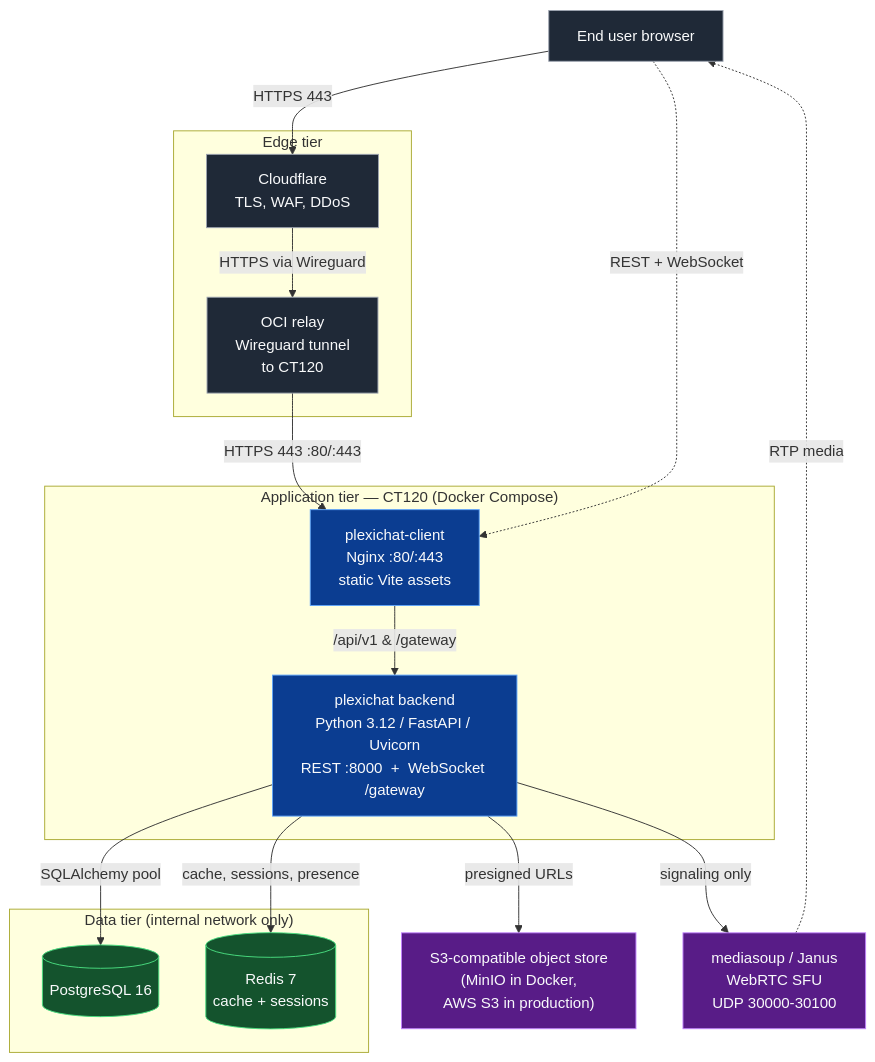
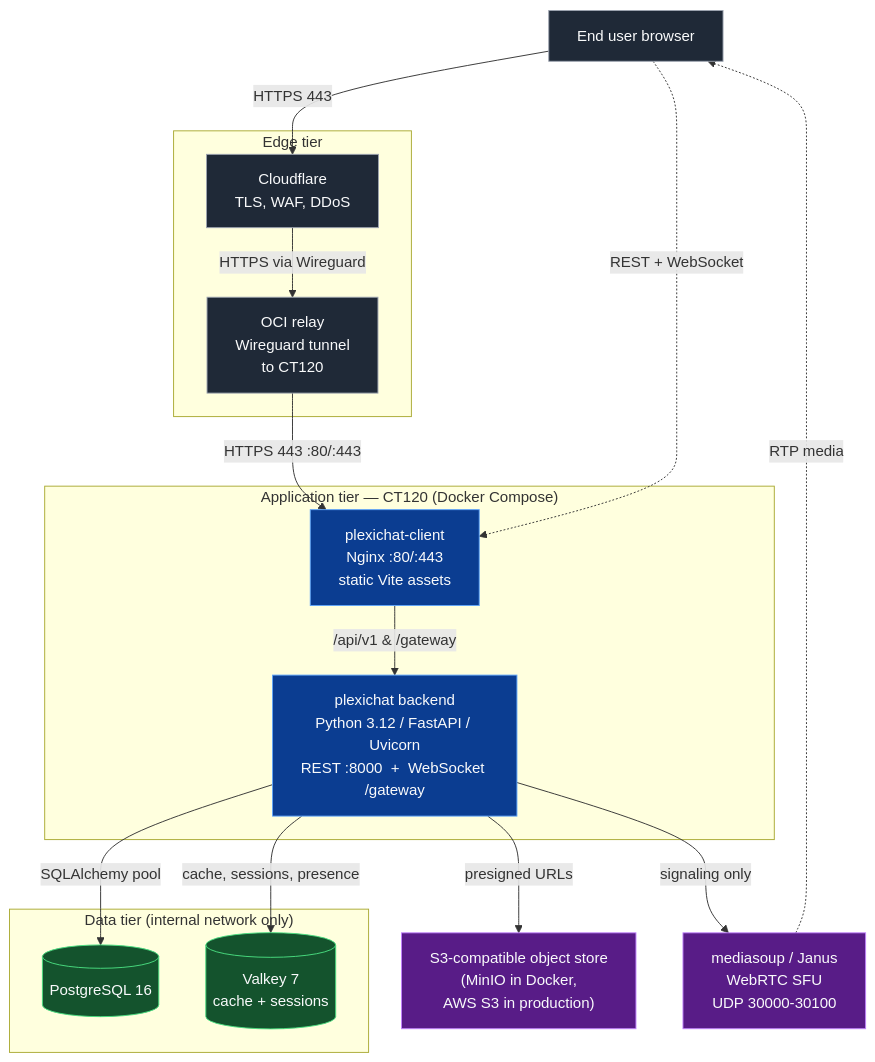
The diagram in docs/deployment/overview.md (plexichat/plexichat), drawn with Mermaid before and after one commit. The commit also changed other lines of this file and 92 other files, not shown here.

First line of the commit message:
feat: migrate redis-py to valkey-glide-sync v2.5.0

````diff
--- a/docs/deployment/overview.md
+++ b/docs/deployment/overview.md
@@ -18,38 +18,38 @@
 ```mermaid
 flowchart TB
     classDef edge fill:#1f2937,stroke:#9ca3af,color:#f9fafb
     classDef app fill:#0b3d91,stroke:#60a5fa,color:#f9fafb
     classDef data fill:#14532d,stroke:#4ade80,color:#f9fafb
     classDef media fill:#581c87,stroke:#c084fc,color:#f9fafb
 
     Browser["End user browser"]:::edge
 
     subgraph Edge["Edge tier"]
         CF["Cloudflare<br/>TLS, WAF, DDoS"]:::edge
         OCI["OCI relay<br/>Wireguard tunnel<br/>to CT120"]:::edge
     end
 
     subgraph App["Application tier  —  CT120 (Docker Compose)"]
         Nginx["plexichat-client<br/>Nginx :80/:443<br/>static Vite assets"]:::app
         API["plexichat backend<br/>Python 3.12 / FastAPI / Uvicorn<br/>REST :8000  +  WebSocket /gateway"]:::app
     end
 
     subgraph Data["Data tier (internal network only)"]
         PG[("PostgreSQL 16")]:::data
-        RD[("Redis 7<br/>cache + sessions")]:::data
+        RD[("Valkey 7<br/>cache + sessions")]:::data
     end
 
     Bucket["S3-compatible object store<br/>(MinIO in Docker,<br/>AWS S3 in production)"]:::media
     SFU["mediasoup / Janus<br/>WebRTC SFU<br/>UDP 30000-30100"]:::media
 
     Browser -->|HTTPS 443| CF
     CF -->|HTTPS via Wireguard| OCI
     OCI -->|HTTPS 443 :80/:443| Nginx
     Browser -.->|REST + WebSocket| Nginx
     Nginx -->|/api/v1  &  /gateway| API
     API -->|SQLAlchemy pool| PG
     API -->|cache, sessions, presence| RD
     API -->|presigned URLs| Bucket
     API -->|signaling only| SFU
     SFU -.->|RTP media| Browser
 ```
````
